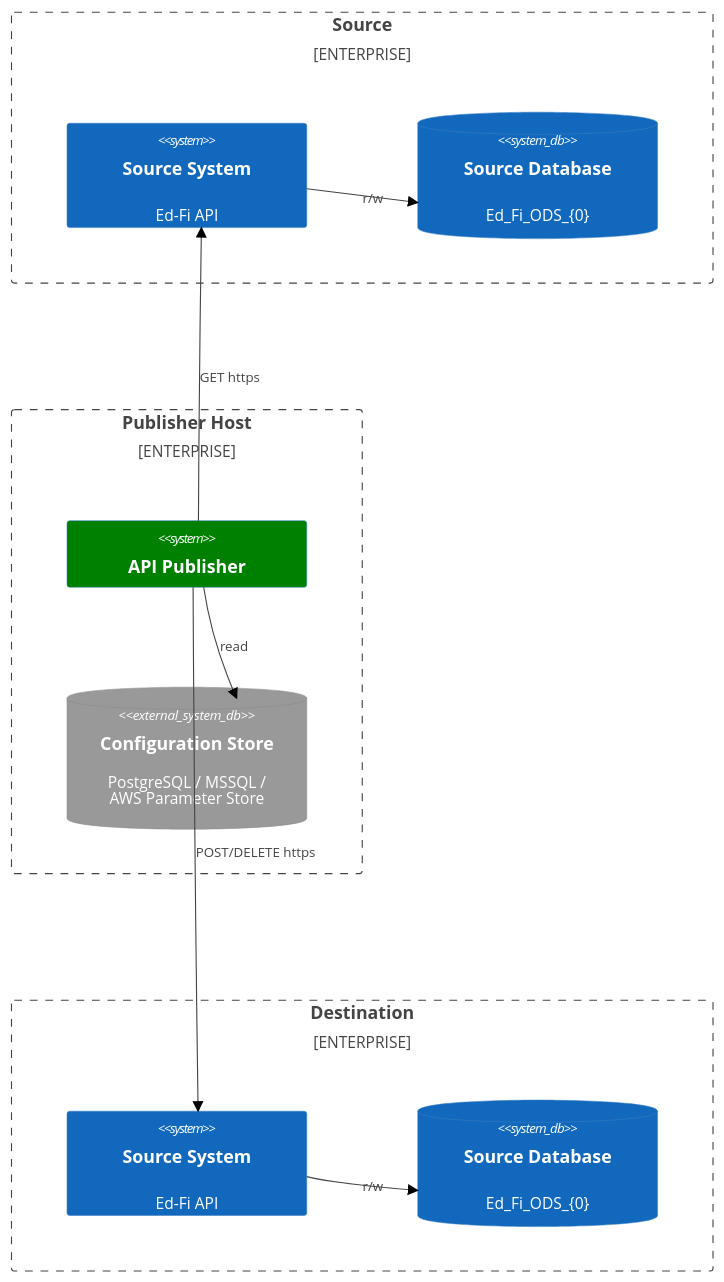
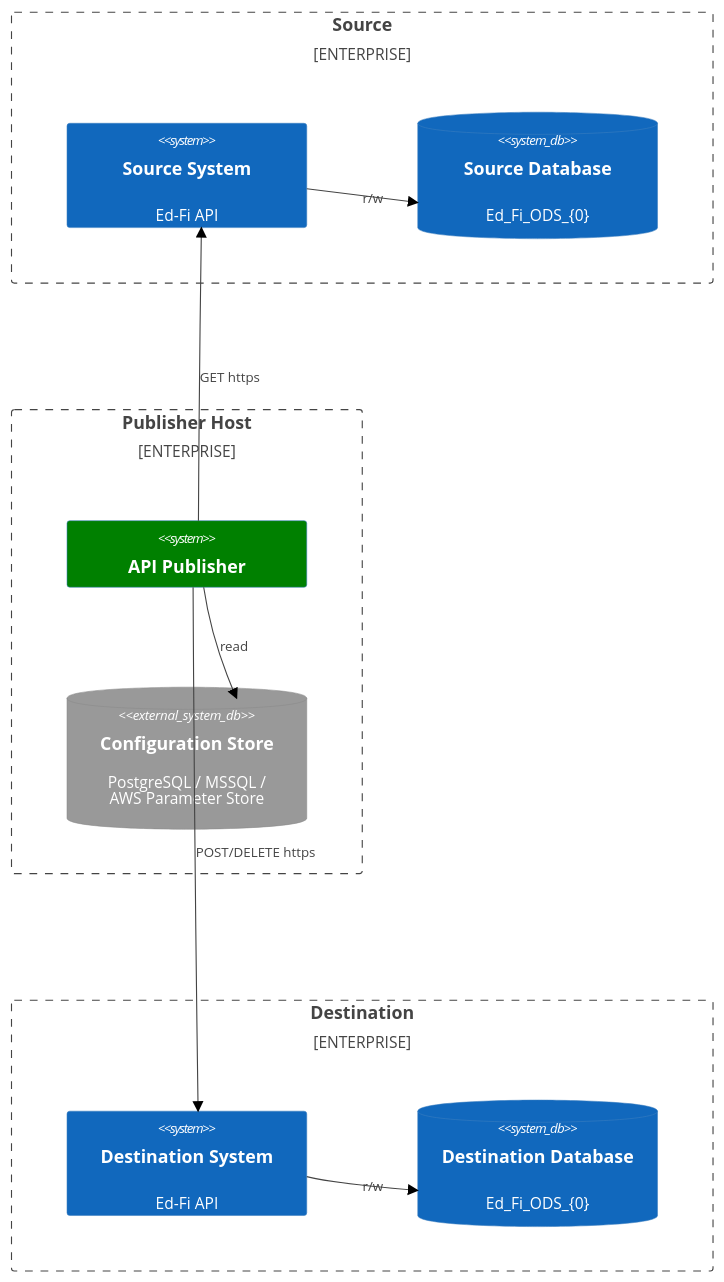
The diagram in docs/PRD.md (Ed-Fi-Alliance-OSS/Ed-Fi-API-Publisher), drawn with Mermaid (forest theme) before and after one commit. The commit also changed other lines of this file and 1 other file, not shown here.

````diff
--- a/docs/PRD.md
+++ b/docs/PRD.md
@@ -122,30 +122,30 @@
 ```mermaid
 C4Context
     Enterprise_Boundary(b0, "Source") {
         System(srcApi, "Source System", "Ed-Fi API")
         SystemDb(srcDb, "Source Database", "Ed_Fi_ODS_{0}")
 
         Rel(srcApi, srcDb, "r/w")
     }
 
     Enterprise_Boundary(b1, "Publisher Host") {
         System(apiPub, "API Publisher")
         SystemDb_Ext(parameters,"Configuration Store", "PostgreSQL / MSSQL /<br> AWS Parameter Store")
 
         Rel(apiPub, parameters, "read")
         UpdateElementStyle(apiPub, $bgColor="green")
     }
 
     Enterprise_Boundary(b2, "Destination") {
-        System(destApi, "Source System", "Ed-Fi API")
-        SystemDb(destDb, "Source Database", "Ed_Fi_ODS_{0}")
+        System(destApi, "Destination System", "Ed-Fi API")
+        SystemDb(destDb, "Destination Database", "Ed_Fi_ODS_{0}")
 
         Rel(destApi, destDb, "r/w")
     }
 
     Rel(apiPub, srcApi, "GET https")
     Rel(apiPub, destApi, "POST/DELETE https")
 
 
     UpdateLayoutConfig($c4ShapeInRow="3", $c4BoundaryInRow="1")
 ```
````
